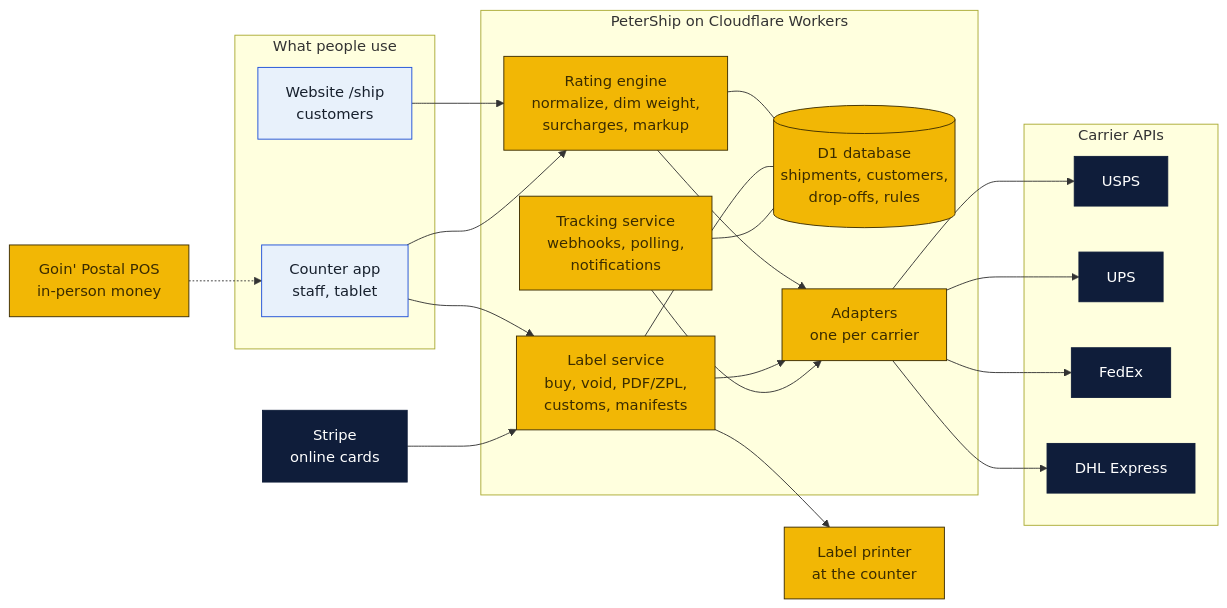
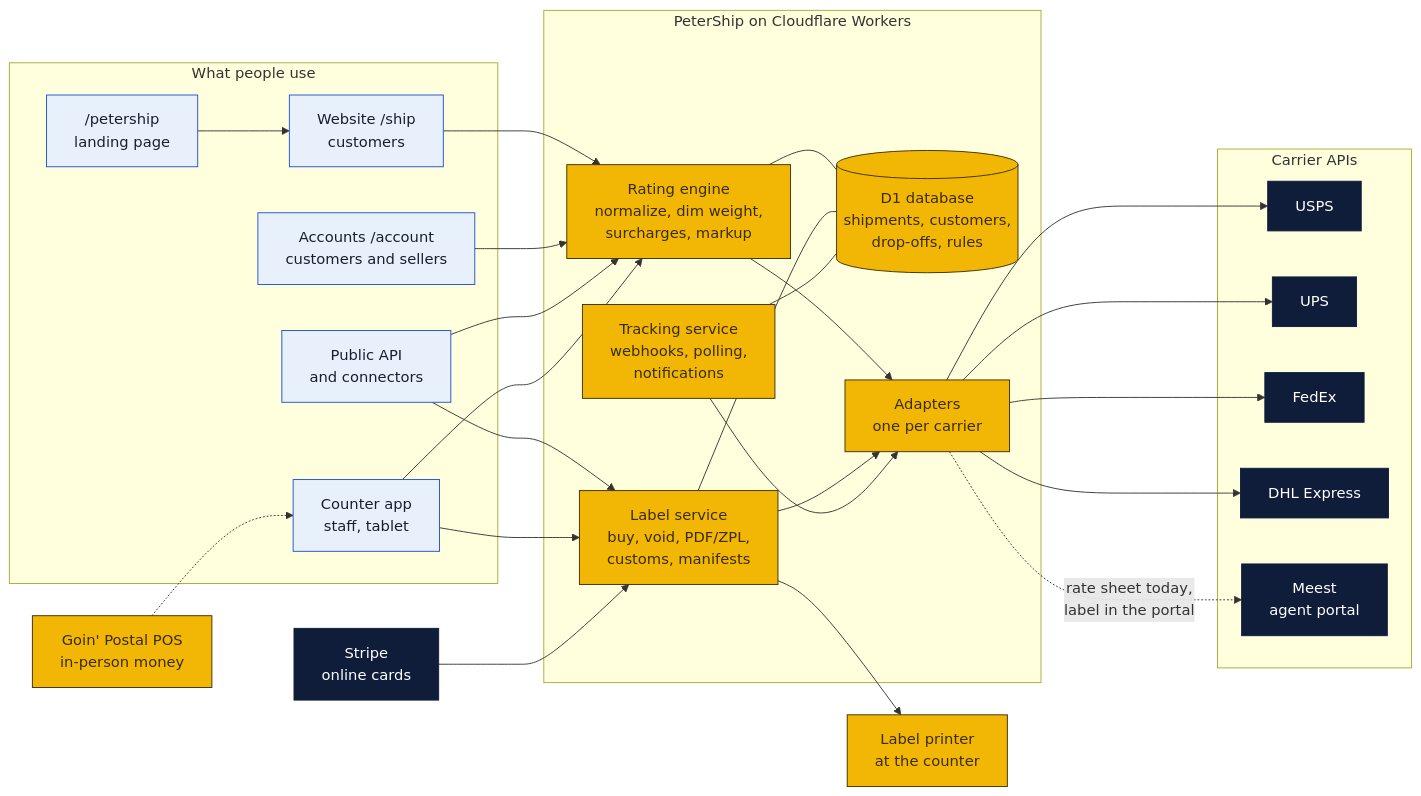
Before and after one commit to wbp318/goin-postal-forsythe: the sixth of 8 diagrams in shipping-client/README.md, drawn with Mermaid. The commit also changed other lines of this file and 33 other files, not shown here.

````diff
--- a/shipping-client/README.md
+++ b/shipping-client/README.md
@@ -536,39 +625,48 @@
 ```mermaid
 flowchart LR
   subgraph FRONT["What people use"]
     W["Website /ship<br/>customers"]:::you
+    PS["/petership<br/>landing page"]:::you
     K["Counter app<br/>staff, tablet"]:::you
+    AC["Accounts /account<br/>customers and sellers"]:::you
+    API["Public API<br/>and connectors"]:::you
   end
   subgraph CORE["PeterShip on Cloudflare Workers"]
     Q["Rating engine<br/>normalize, dim weight,<br/>surcharges, markup"]:::local
     L["Label service<br/>buy, void, PDF/ZPL,<br/>customs, manifests"]:::local
     T["Tracking service<br/>webhooks, polling,<br/>notifications"]:::local
     DB[("D1 database<br/>shipments, customers,<br/>drop-offs, rules")]:::local
     A["Adapters<br/>one per carrier"]:::local
   end
   subgraph CARRIERS["Carrier APIs"]
     U["USPS"]:::cloud
     P["UPS"]:::cloud
     F["FedEx"]:::cloud
     D["DHL Express"]:::cloud
+    ME["Meest<br/>agent portal"]:::cloud
   end
   W --> Q
+  PS --> W
+  AC --> Q
+  API --> Q
+  API --> L
   K --> Q
   K --> L
   Q --> A
   L --> A
   T --> A
   A --> U
   A --> P
   A --> F
   A --> D
+  A -.->|"rate sheet today,<br/>label in the portal"| ME
   Q --- DB
   L --- DB
   T --- DB
   L --> PR["Label printer<br/>at the counter"]:::local
   S["Stripe<br/>online cards"]:::cloud --> L
   POS["Goin' Postal POS<br/>in-person money"]:::local -.-> K
   classDef local fill:#f2b705,stroke:#3b2c00,color:#3b2c00
   classDef cloud fill:#0f1d3a,stroke:#0f1d3a,color:#ffffff
   classDef you fill:#e8f1fb,stroke:#1d4ed8,color:#17202d
 ```
````
